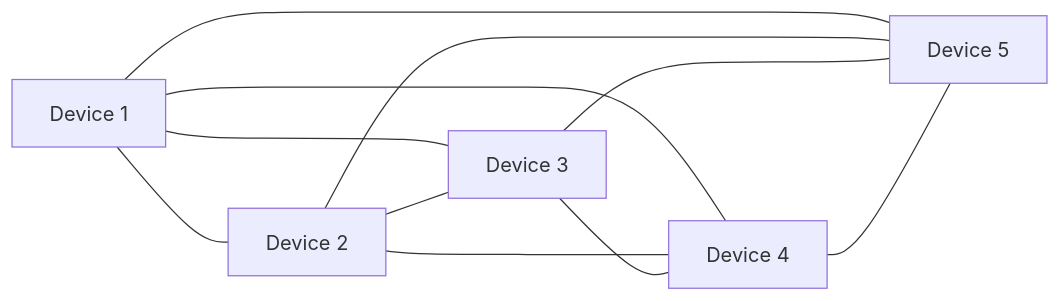
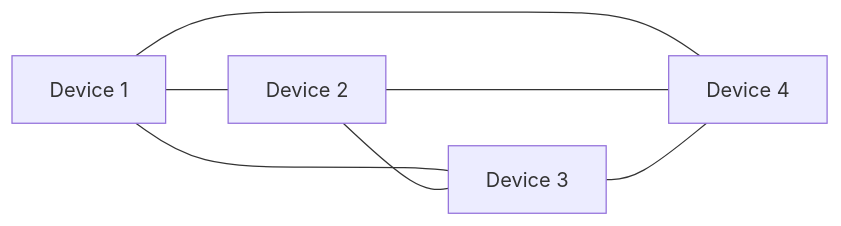
Diagram 11 of 12 in computer-network/01-fundamentals/fundamentals.md (vanshbaranwal/backend-projects), drawn with Mermaid before and after one commit. The commit also changed other lines of this file and 4 other files, not shown here.

Commit message:
docs: preserve handwritten notes and clarify diagrams

````diff
--- a/computer-network/01-fundamentals/fundamentals.md
+++ b/computer-network/01-fundamentals/fundamentals.md
@@ -329,13 +349,9 @@
 ```mermaid
 flowchart LR
     A[Device 1] --- B[Device 2]
     A --- C[Device 3]
     A --- D[Device 4]
-    A --- E[Device 5]
     B --- C
     B --- D
-    B --- E
     C --- D
-    C --- E
-    D --- E
 ```
````
